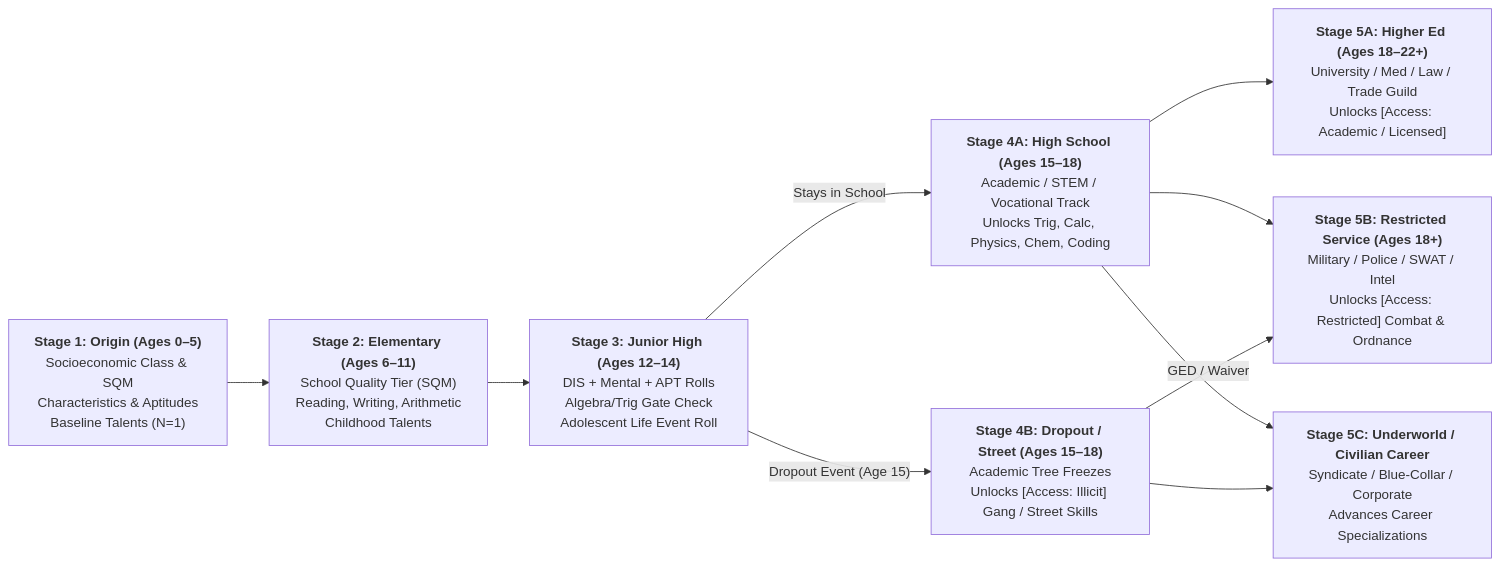
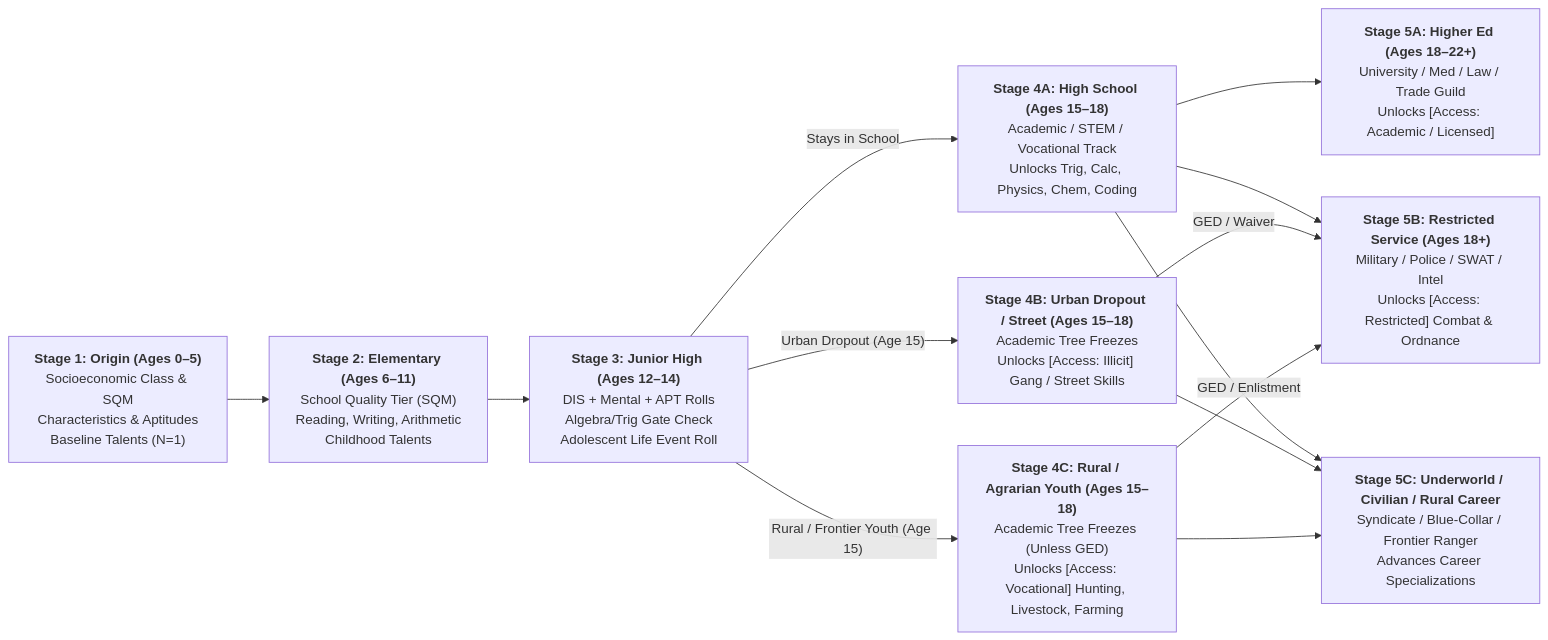
The diagram in docs/ttrpg/03-character/lifepaths_and_economy.md (rarebreed/satya), drawn with Mermaid before and after one commit. The commit also changed other lines of this file and 13 other files, not shown here.

````diff
--- a/docs/ttrpg/03-character/lifepaths_and_economy.md
+++ b/docs/ttrpg/03-character/lifepaths_and_economy.md
@@ -13,20 +13,24 @@
 ```mermaid
 flowchart LR
     S1["<b>Stage 1: Origin (Ages 0–5)</b><br/>Socioeconomic Class & SQM<br/>Characteristics & Aptitudes<br/>Baseline Talents (N=1)"]
     S2["<b>Stage 2: Elementary (Ages 6–11)</b><br/>School Quality Tier (SQM)<br/>Reading, Writing, Arithmetic<br/>Childhood Talents"]
     S3["<b>Stage 3: Junior High (Ages 12–14)</b><br/>DIS + Mental + APT Rolls<br/>Algebra/Trig Gate Check<br/>Adolescent Life Event Roll"]
     S4A["<b>Stage 4A: High School (Ages 15–18)</b><br/>Academic / STEM / Vocational Track<br/>Unlocks Trig, Calc, Physics, Chem, Coding"]
-    S4B["<b>Stage 4B: Dropout / Street (Ages 15–18)</b><br/>Academic Tree Freezes<br/>Unlocks [Access: Illicit] Gang / Street Skills"]
+    S4B["<b>Stage 4B: Urban Dropout / Street (Ages 15–18)</b><br/>Academic Tree Freezes<br/>Unlocks [Access: Illicit] Gang / Street Skills"]
+    S4C["<b>Stage 4C: Rural / Agrarian Youth (Ages 15–18)</b><br/>Academic Tree Freezes (Unless GED)<br/>Unlocks [Access: Vocational] Hunting, Livestock, Farming"]
     S5A["<b>Stage 5A: Higher Ed (Ages 18–22+)</b><br/>University / Med / Law / Trade Guild<br/>Unlocks [Access: Academic / Licensed]"]
     S5B["<b>Stage 5B: Restricted Service (Ages 18+)</b><br/>Military / Police / SWAT / Intel<br/>Unlocks [Access: Restricted] Combat & Ordnance"]
-    S5C["<b>Stage 5C: Underworld / Civilian Career</b><br/>Syndicate / Blue-Collar / Corporate<br/>Advances Career Specializations"]
+    S5C["<b>Stage 5C: Underworld / Civilian / Rural Career</b><br/>Syndicate / Blue-Collar / Frontier Ranger<br/>Advances Career Specializations"]
 
     S1 --> S2 --> S3
     S3 -- "Stays in School" --> S4A
-    S3 -- "Dropout Event (Age 15)" --> S4B
+    S3 -- "Urban Dropout (Age 15)" --> S4B
+    S3 -- "Rural / Frontier Youth (Age 15)" --> S4C
     S4A --> S5A
     S4A --> S5B
     S4A --> S5C
     S4B -- "GED / Waiver" --> S5B
     S4B --> S5C
+    S4C -- "GED / Enlistment" --> S5B
+    S4C --> S5C
 ```
````
